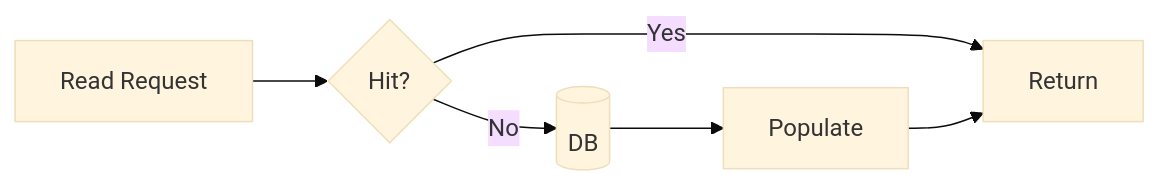
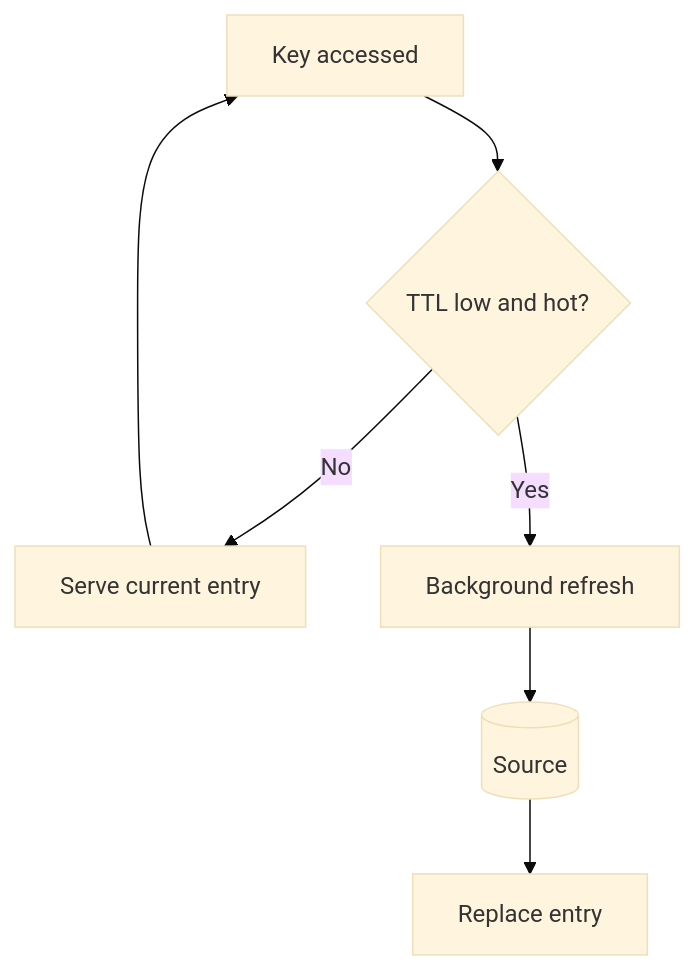
One commit to hareramcse/SystemDesign changed the seventh of 14 diagrams in 03-caching/README.md. Above: the diagram before and after it, drawn with Mermaid (base theme). The commit also changed other lines of this file and 15 other files, not shown here.

````diff
--- a/03-caching/README.md
+++ b/03-caching/README.md
@@ -58,6 +334,9 @@
 ```mermaid
-flowchart LR
-    Read[Read Request] --> Check{Hit?}
-    Check -->|Yes| Return
-    Check -->|No| DB[(DB)] --> Populate --> Return
+flowchart TB
+    Access[Key accessed] --> Check{TTL low and hot?}
+    Check -->|No| Serve[Serve current entry]
+    Check -->|Yes| BG[Background refresh]
+    BG --> Source[(Source)]
+    Source --> Update[Replace entry]
+    Serve --> Access
 ```
````
